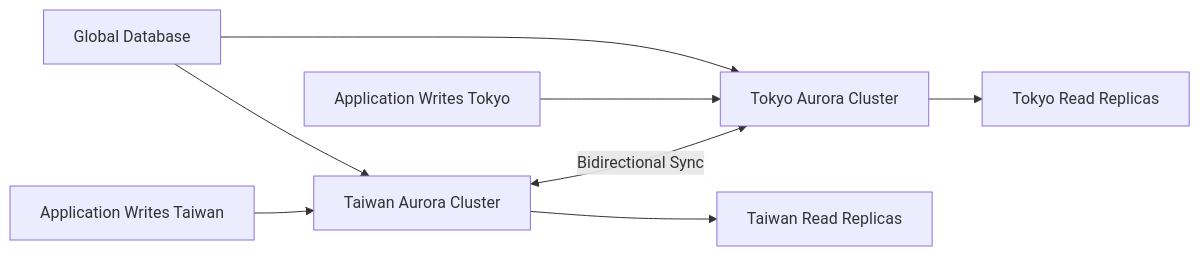
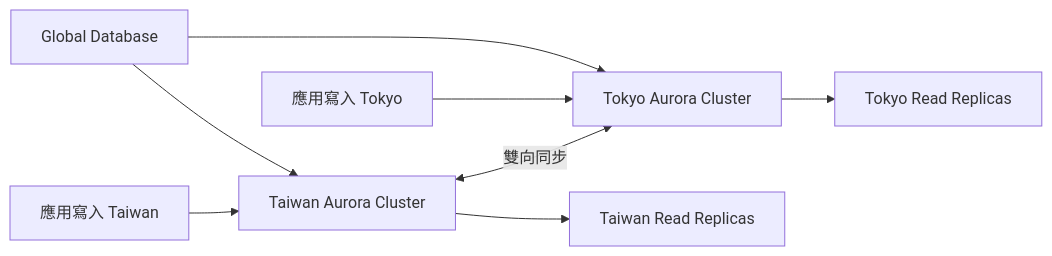
Before and after one commit to humank/genai-demo: the second of 5 diagrams in docs/en/architecture/disaster-recovery-design.md, drawn with Mermaid. The commit also changed other lines of this file and 583 other files, not shown here.

````diff
--- a/docs/en/architecture/disaster-recovery-design.md
+++ b/docs/en/architecture/disaster-recovery-design.md
@@ -114,12 +115,12 @@
 ```mermaid
 graph LR
-    A[Taiwan Aurora Cluster] <-->|Bidirectional Sync| B[Tokyo Aurora Cluster]
+    A[Taiwan Aurora Cluster] <-->|雙向同步| B[Tokyo Aurora Cluster]
     A --> C[Taiwan Read Replicas]
     B --> D[Tokyo Read Replicas]
     
-    E[Application Writes Taiwan] --> A
-    F[Application Writes Tokyo] --> B
+    E[應用寫入 Taiwan] --> A
+    F[應用寫入 Tokyo] --> B
     
     G[Global Database] --> A
     G --> B
 ```
````
